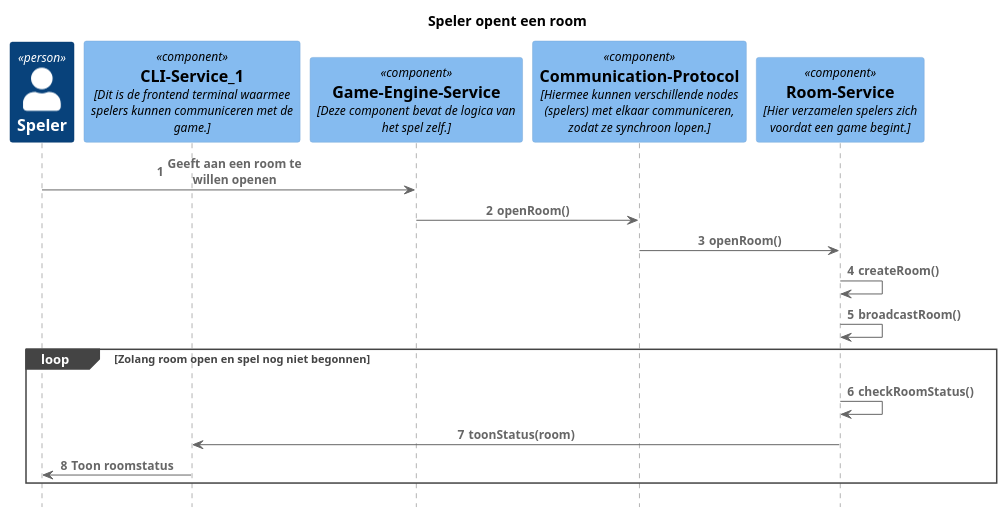
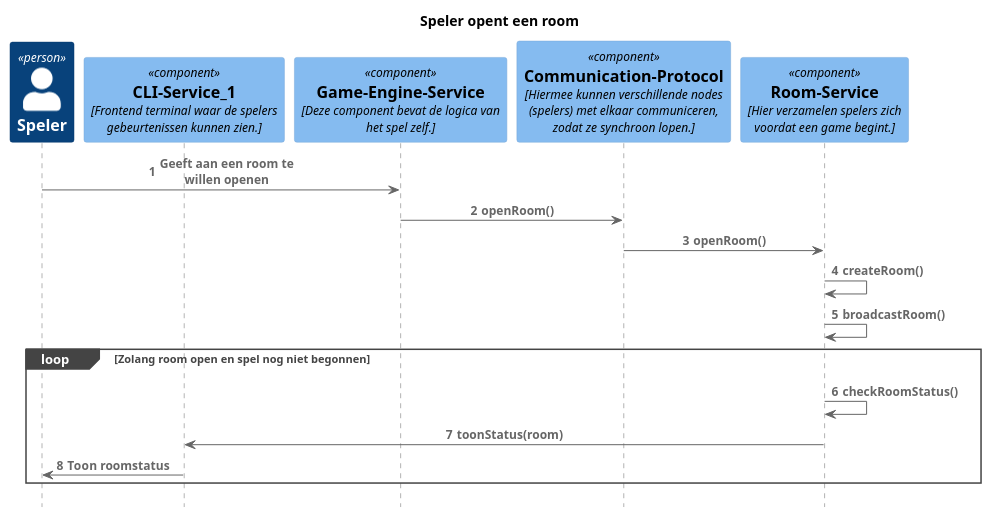
One commit to DaanBannaan/SAD-sequentie changed the diagram in roomOpenen.puml. Above: the diagram before and after it, drawn with PlantUML. The commit also changed 7 other files, not shown here.

Commit message:
ISAConfigureren en spelHervatten diagrammen gemaakt

```diff
--- a/roomOpenen.puml
+++ b/roomOpenen.puml
@@ -1,43 +1,43 @@
 @startuml
 !include https://raw.githubusercontent.com/plantuml-stdlib/C4-PlantUML/master/C4_Sequence.puml
 
 autonumber
 
 'Person(user, "Speler")
 'Component(configuration, "Configuration-Service", "Hier kan het gedrag van een agent aangepast worden en kunnen nieuwe modules toegevoegd worden.")
 'Component(world, "World-Service", "Hier vindt de wereldgeneratie plaats en bevind zich de wereldstatus.")
 'Component(engine, "Game-Engine-Service", "Deze component bevat de logica van het spel zelf.")
 'Component(agent, "Agent-Service", "Deze component bevat de logica van een agent.")
 'Component(player, "Player-Service", "Deze component bevat de logica van een karakter.")
 'Component(monster, "Monster-Service", "Deze component bevat de logica van een monster.")
 'Component(save, "Save-and-Load-Service", "Deze component regelt het laden en opslaan van het spel.")
 'Component(communication, "Communication-Protocol", "Hiermee kunnen verschillende nodes (spelers) met elkaar communiceren, zodat ze synchroon lopen.")
 'Component(cli, "CLI-Service", "Dit is de frontend terminal waarmee spelers kunnen communiceren met de game.")
 'Component(chat, "Chat-Service", "Via dit component kunnen spelers met elkaar chatten.")
 'Component(logging, "Logging-Service", "Hier worden CPU gebruik, RAM gebruik, aantal spelers, netwerkvertraging, connecties, gevechten, agent-overnames, fouten en saves gelogd.")
 'Component(room, "Room-Service", "Hier verzamelen spelers zich voordat een game begint.")
 
 title Speler opent een room
 
 Person(user, "Speler")
-Component(cli1, "CLI-Service_1", "Dit is de frontend terminal waarmee spelers kunnen communiceren met de game.")
+Component(cli1, "CLI-Service_1", "Frontend terminal waar de spelers gebeurtenissen kunnen zien.")
 Component(engine, "Game-Engine-Service", "Deze component bevat de logica van het spel zelf.")
 Component(communication, "Communication-Protocol", "Hiermee kunnen verschillende nodes (spelers) met elkaar communiceren, zodat ze synchroon lopen.")
 Component(room, "Room-Service", "Hier verzamelen spelers zich voordat een game begint.")
 
 
 Rel(user, engine, "Geeft aan een room te willen openen")
 Rel(engine, communication, "openRoom()")
 Rel(communication, room, "openRoom()")
 Rel(room, room, "createRoom()")
 Rel(room, room, "broadcastRoom()")
 loop Zolang room open en spel nog niet begonnen
 Rel(room, room, "checkRoomStatus()")
 Rel(room, cli1, "toonStatus(room)")
 
 
 Rel(cli1, user, "Toon roomstatus")
 
 
 
 @enduml
```
